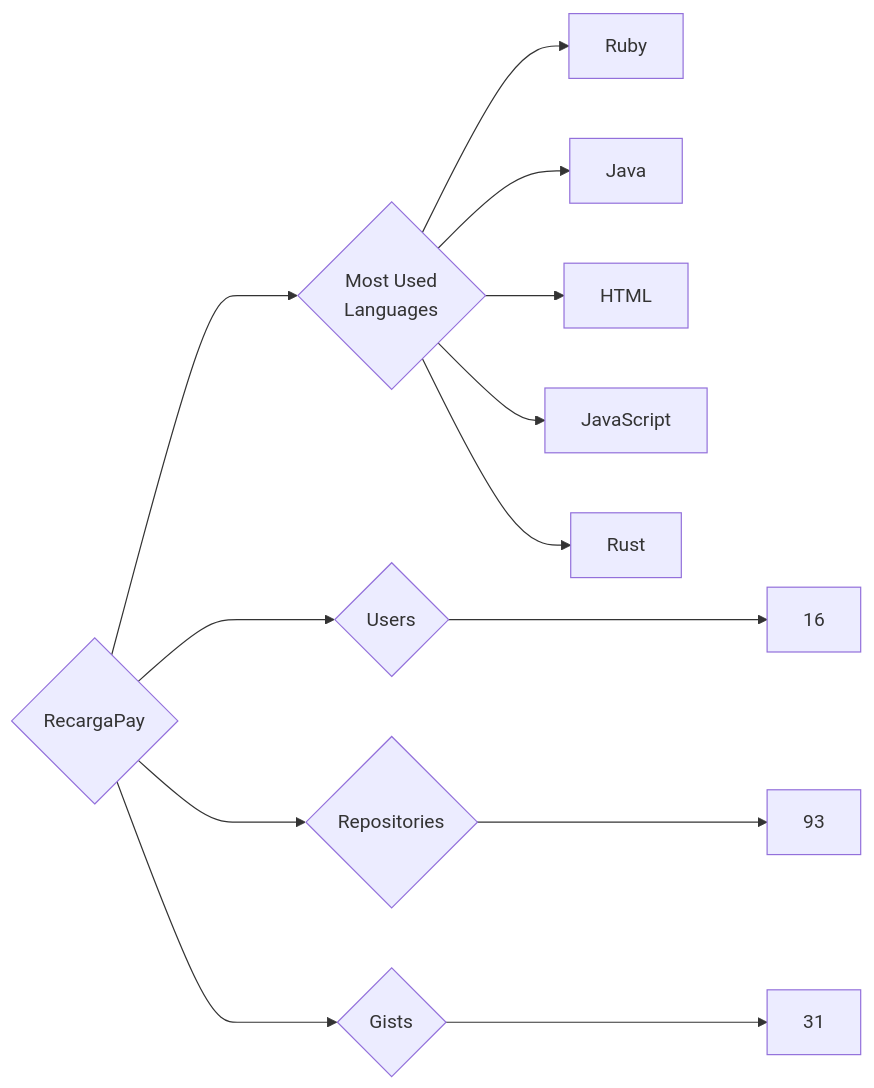
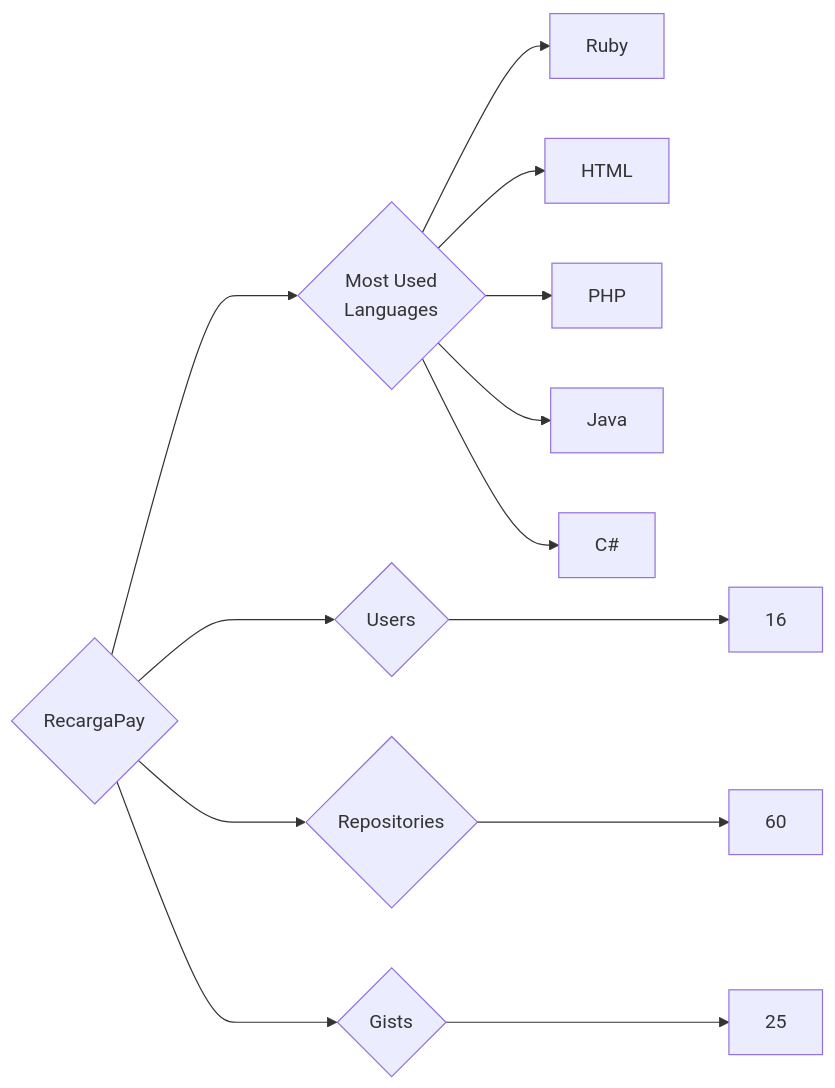
The diagram in targets/RecargaPay/README.md (trickest/insiders), drawn with Mermaid before and after one commit. The commit also changed 1011 other files, not shown here.

````diff
--- a/targets/RecargaPay/README.md
+++ b/targets/RecargaPay/README.md
@@ -3,13 +3,13 @@
 ```mermaid
 graph LR
 COMPANY_NAME{RecargaPay}
 COMPANY_NAME ---> U{Users} ---> UN[16]
-COMPANY_NAME ---> R{Repositories} ---> RN[93]
-COMPANY_NAME ---> G{Gists} ---> GN[31]
+COMPANY_NAME ---> R{Repositories} ---> RN[60]
+COMPANY_NAME ---> G{Gists} ---> GN[25]
 COMPANY_NAME ---> ML{Most Used<br>Languages}
 ML --> Ruby[Ruby]
+ML --> HTML[HTML]
+ML --> PHP[PHP]
 ML --> Java[Java]
-ML --> HTML[HTML]
-ML --> JavaScript[JavaScript]
-ML --> Rust[Rust]
+ML --> C#[C#]
 ```
````
